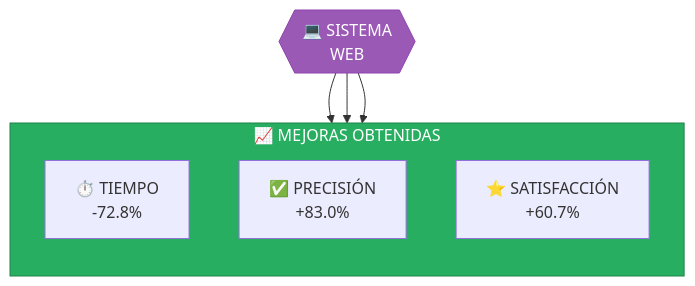
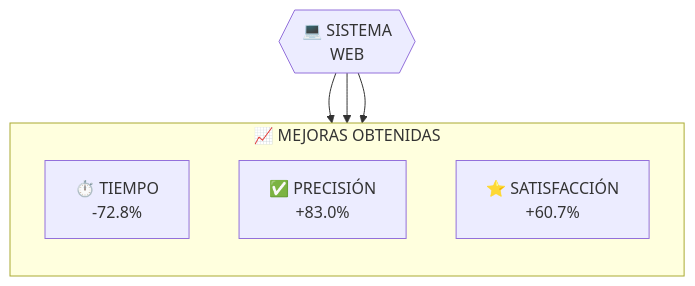
Before and after one commit to decagraff/LCService: the fifth of 6 diagrams in docs/06-resultados.md, drawn with Mermaid. The commit also changed other lines of this file and 7 other files, not shown here.

````diff
--- a/docs/06-resultados.md
+++ b/docs/06-resultados.md
@@ -115,19 +114,17 @@
 ```mermaid
 graph TB
     subgraph mejoras["📈 MEJORAS OBTENIDAS"]
         direction TB
 
         M1["⏱️ TIEMPO<br/>-72.8%"]
         M2["✅ PRECISIÓN<br/>+83.0%"]
         M3["⭐ SATISFACCIÓN<br/>+60.7%"]
     end
 
     SISTEMA{{"💻 SISTEMA<br/>WEB"}}
 
     SISTEMA --> M1
     SISTEMA --> M2
     SISTEMA --> M3
 
-    style SISTEMA fill:#9b59b6,stroke:#8e44ad,color:#fff
-    style mejoras fill:#27ae60,stroke:#1e8449,color:#fff
 ```
````
